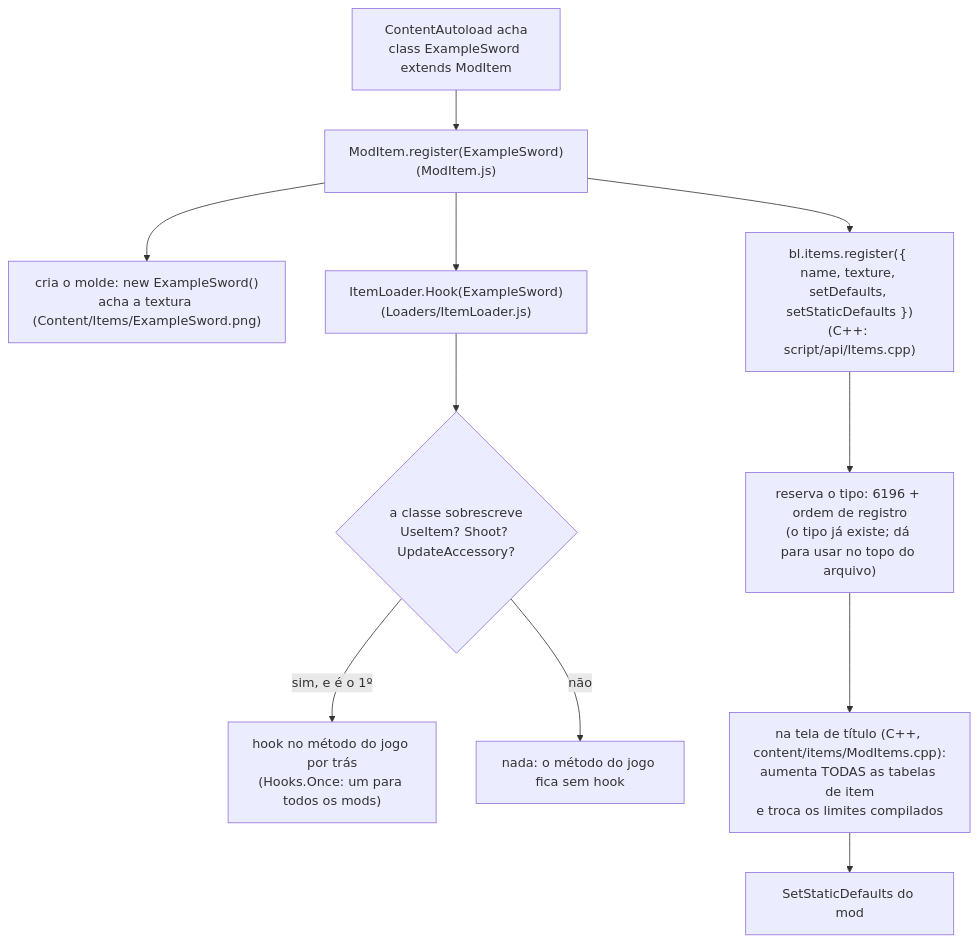
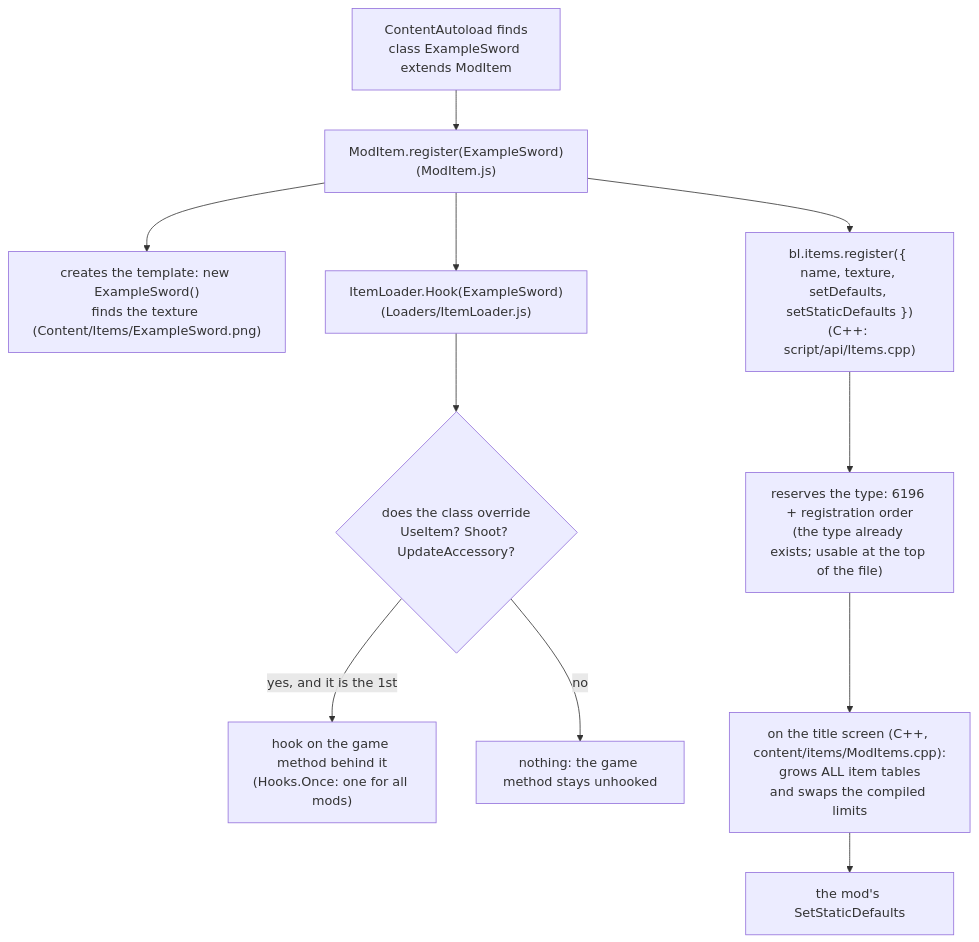
Before and after one commit to JonataOliveiraa/Bunny-Loader: the fourth of 5 diagrams in docs/mods/00-como-funciona.md, drawn with Mermaid. The commit also changed other lines of this file and 89 other files, not shown here.

````diff
--- a/docs/mods/00-como-funciona.md
+++ b/docs/mods/00-como-funciona.md
@@ -249,13 +251,13 @@
 ```mermaid
 flowchart TB
-    A["ContentAutoload acha<br/>class ExampleSword extends ModItem"] --> R["ModItem.register(ExampleSword)<br/>(ModItem.js)"]
-    R --> T["cria o molde: new ExampleSword()<br/>acha a textura (Content/Items/ExampleSword.png)"]
+    A["ContentAutoload finds<br/>class ExampleSword extends ModItem"] --> R["ModItem.register(ExampleSword)<br/>(ModItem.js)"]
+    R --> T["creates the template: new ExampleSword()<br/>finds the texture (Content/Items/ExampleSword.png)"]
     R --> N["bl.items.register({ name, texture, setDefaults, setStaticDefaults })<br/>(C++: script/api/Items.cpp)"]
-    N --> ID["reserva o tipo: 6196 + ordem de registro<br/>(o tipo já existe; dá para usar no topo do arquivo)"]
+    N --> ID["reserves the type: 6196 + registration order<br/>(the type already exists; usable at the top of the file)"]
     R --> H["ItemLoader.Hook(ExampleSword)<br/>(Loaders/ItemLoader.js)"]
-    H --> Q{"a classe sobrescreve<br/>UseItem? Shoot? UpdateAccessory?"}
-    Q -- "sim, e é o 1º" --> HK["hook no método do jogo por trás<br/>(Hooks.Once: um para todos os mods)"]
-    Q -- "não" --> X["nada: o método do jogo fica sem hook"]
-    ID --> I["na tela de título (C++, content/items/ModItems.cpp):<br/>aumenta TODAS as tabelas de item<br/>e troca os limites compilados"]
-    I --> S["SetStaticDefaults do mod"]
+    H --> Q{"does the class override<br/>UseItem? Shoot? UpdateAccessory?"}
+    Q -- "yes, and it is the 1st" --> HK["hook on the game method behind it<br/>(Hooks.Once: one for all mods)"]
+    Q -- "no" --> X["nothing: the game method stays unhooked"]
+    ID --> I["on the title screen (C++, content/items/ModItems.cpp):<br/>grows ALL item tables<br/>and swaps the compiled limits"]
+    I --> S["the mod's SetStaticDefaults"]
 ```
````
